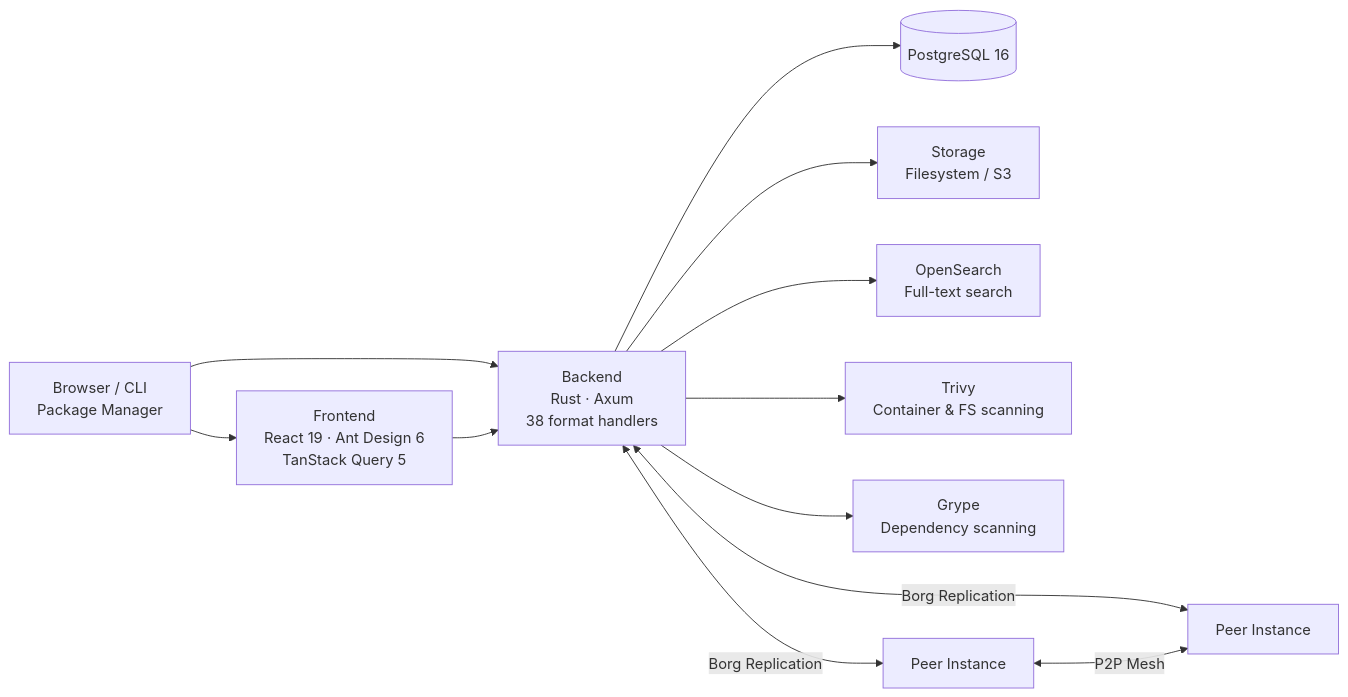
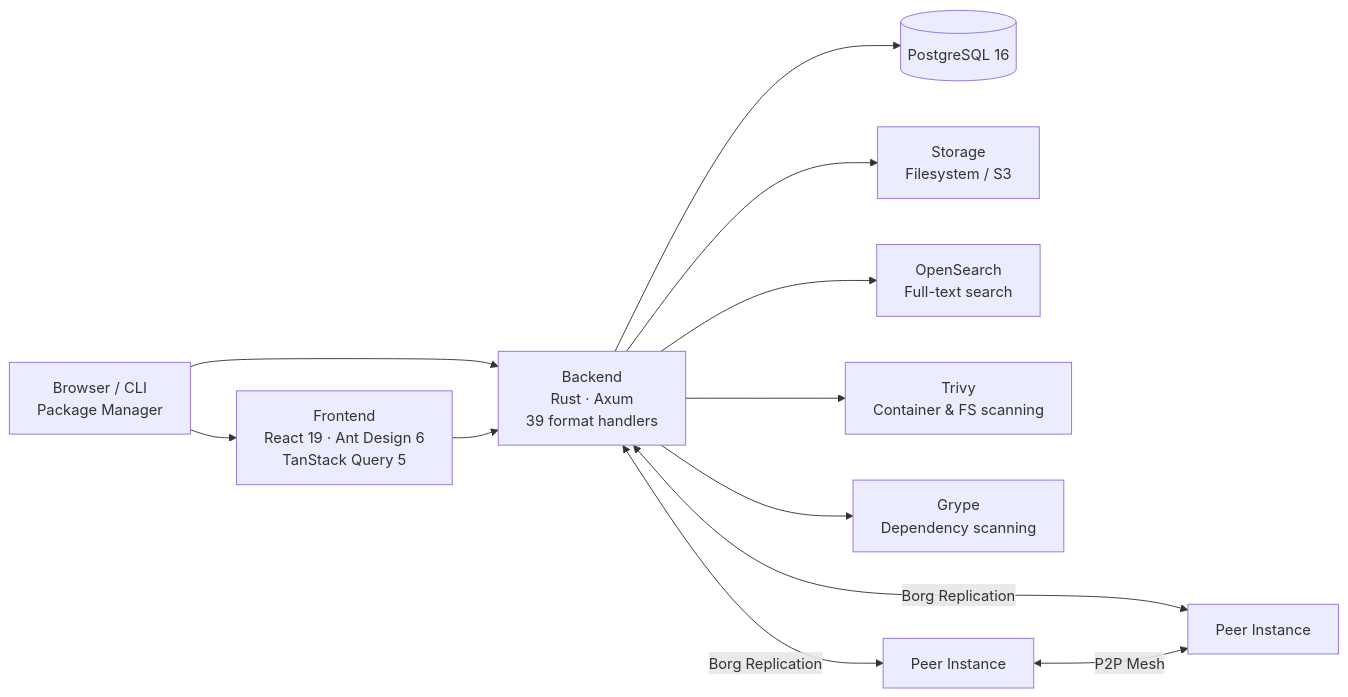
The first of 6 diagrams in src/content/docs/docs/getting-started/architecture.mdx (artifact-keeper/artifact-keeper-site), drawn with Mermaid before and after one commit. The commit also changed other lines of this file and 12 other files, not shown here.

````diff
--- a/src/content/docs/docs/getting-started/architecture.mdx
+++ b/src/content/docs/docs/getting-started/architecture.mdx
@@ -14,25 +14,25 @@
 ```mermaid
 graph LR
     Client["Browser / CLI<br/>Package Manager"]
     Frontend["Frontend<br/>React 19 · Ant Design 6<br/>TanStack Query 5"]
-    Backend["Backend<br/>Rust · Axum<br/>38 format handlers"]
+    Backend["Backend<br/>Rust · Axum<br/>39 format handlers"]
     DB[(PostgreSQL 16)]
     Storage["Storage<br/>Filesystem / S3"]
     Search["OpenSearch<br/>Full-text search"]
     Trivy["Trivy<br/>Container & FS scanning"]
     Grype["Grype<br/>Dependency scanning"]
     Peer1["Peer Instance"]
     Peer2["Peer Instance"]
 
     Client --> Frontend
     Client --> Backend
     Frontend --> Backend
     Backend --> DB
     Backend --> Storage
     Backend --> Search
     Backend --> Trivy
     Backend --> Grype
     Backend <-->|Borg Replication| Peer1
     Backend <-->|Borg Replication| Peer2
     Peer1 <-->|P2P Mesh| Peer2
 ```
````
